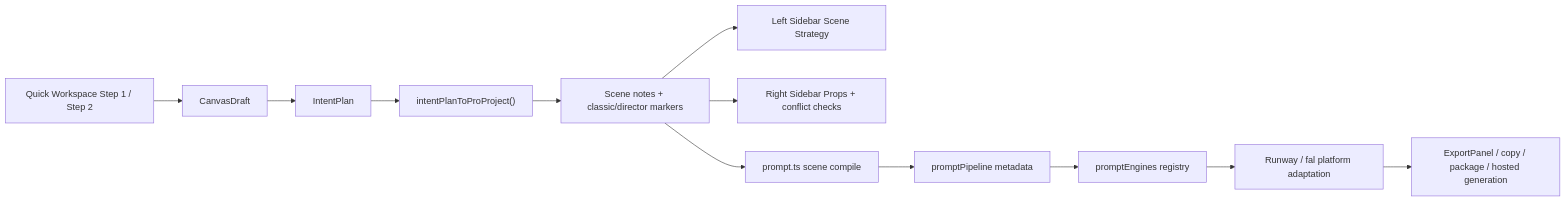
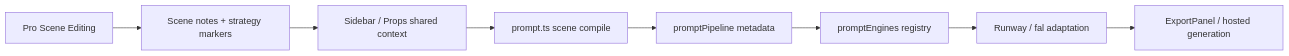
One commit to Drake7098/scene-pilot changed the diagram in docs/scene-strategy-network-audit.md. Above: the diagram before and after it, drawn with Mermaid. The commit also changed other lines of this file and 24 other files, not shown here.

````diff
--- a/docs/scene-strategy-network-audit.md
+++ b/docs/scene-strategy-network-audit.md
@@ -9,14 +11,10 @@
 ```mermaid
 flowchart LR
-  A["Quick Workspace Step 1 / Step 2"] --> B["CanvasDraft"]
-  B --> C["IntentPlan"]
-  C --> D["intentPlanToProProject()"]
-  D --> E["Scene notes + classic/director markers"]
-  E --> F["Left Sidebar Scene Strategy"]
-  E --> G["Right Sidebar Props + conflict checks"]
-  E --> H["prompt.ts scene compile"]
-  H --> I["promptPipeline metadata"]
-  I --> J["promptEngines registry"]
-  J --> K["Runway / fal platform adaptation"]
-  K --> L["ExportPanel / copy / package / hosted generation"]
+  A["Pro Scene Editing"] --> B["Scene notes + strategy markers"]
+  B --> C["Sidebar / Props shared context"]
+  C --> D["prompt.ts scene compile"]
+  D --> E["promptPipeline metadata"]
+  E --> F["promptEngines registry"]
+  F --> G["Runway / fal adaptation"]
+  G --> H["ExportPanel / hosted generation"]
 ```
````
